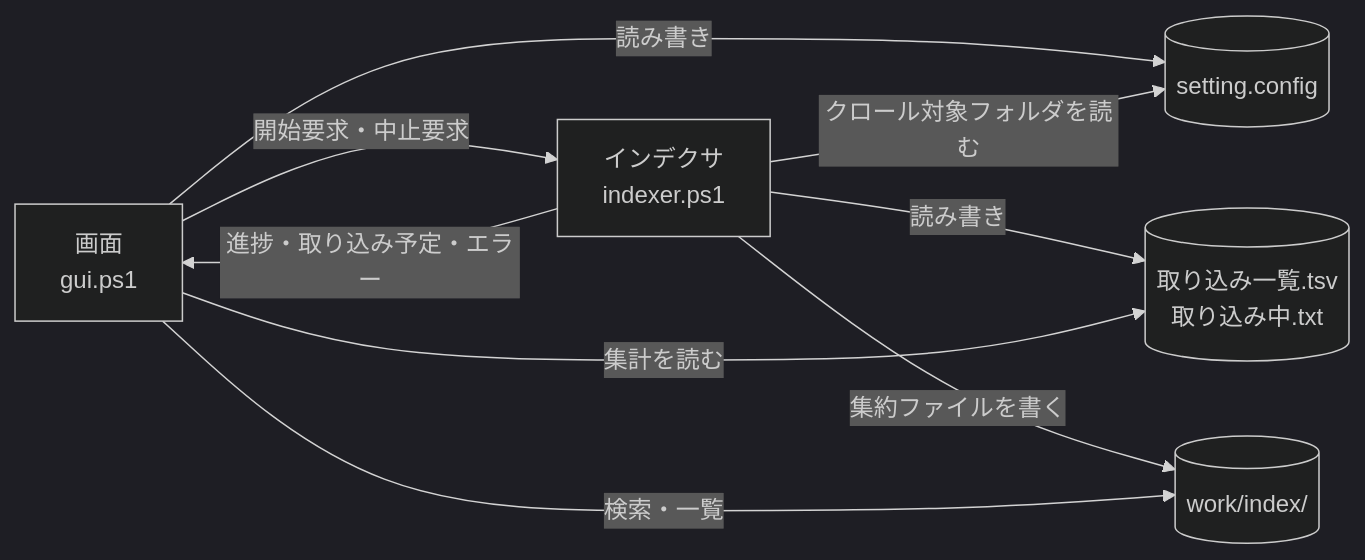
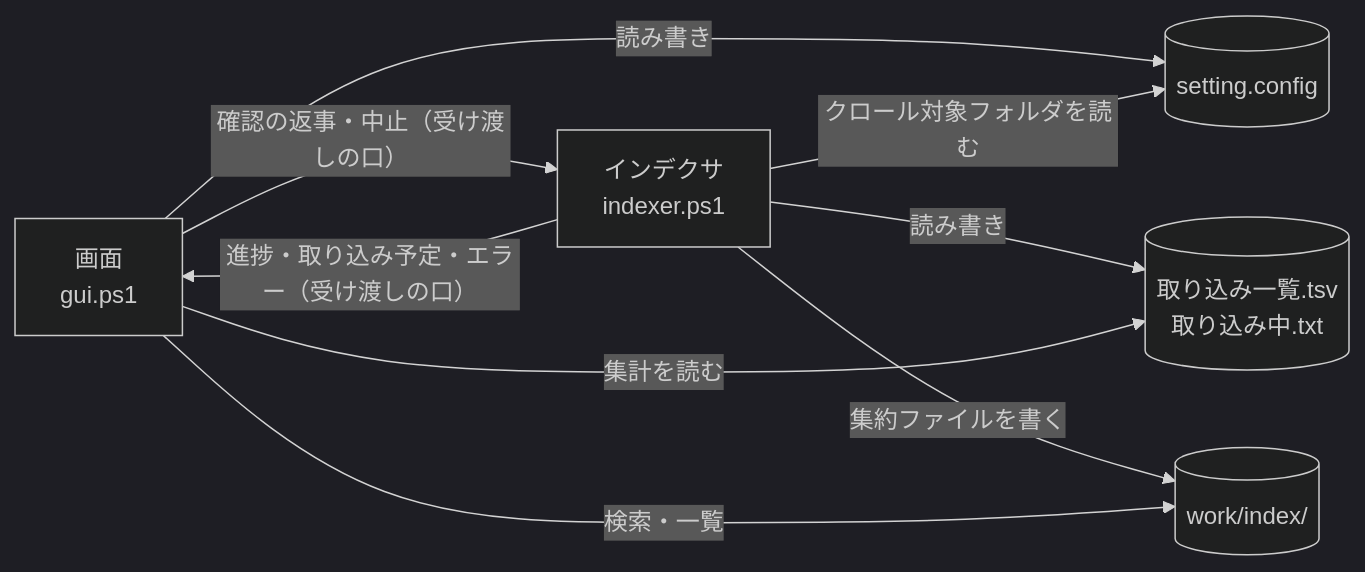
One commit to hsgwa/tebunko changed the first of 2 diagrams in docs/00_共通_1_フォルダ構成と設定ファイル.md. Above: the diagram before and after it, drawn with Mermaid (dark theme). The commit also changed other lines of this file and 69 other files, not shown here.

````diff
--- a/docs/00_共通_1_フォルダ構成と設定ファイル.md
+++ b/docs/00_共通_1_フォルダ構成と設定ファイル.md
@@ -106,16 +101,16 @@
 ```mermaid
 flowchart LR
     CFG[("setting.config")]
     GUI["画面<br>gui.ps1"]
     IDX["インデクサ<br>indexer.ps1"]
     ST[("取り込み一覧.tsv<br>取り込み中.txt")]
     IX[("work/index/")]
     GUI -- 読み書き --> CFG
     IDX -- クロール対象フォルダを読む --> CFG
-    IDX -- 進捗・取り込み予定・エラー --> GUI
-    GUI -- 開始要求・中止要求 --> IDX
+    IDX -- "進捗・取り込み予定・エラー（受け渡しの口）" --> GUI
+    GUI -- "確認の返事・中止（受け渡しの口）" --> IDX
     IDX -- 読み書き --> ST
     IDX -- 集約ファイルを書く --> IX
     GUI -- 検索・一覧 --> IX
     GUI -- 集計を読む --> ST
 ```
````
